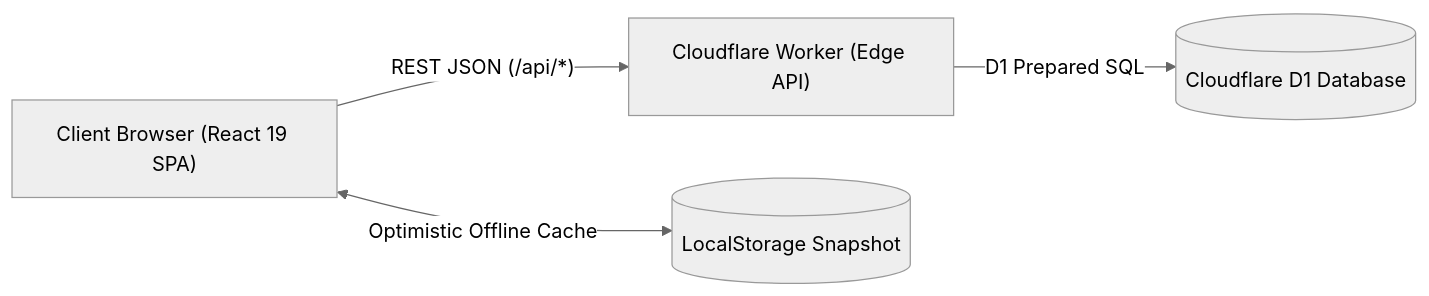
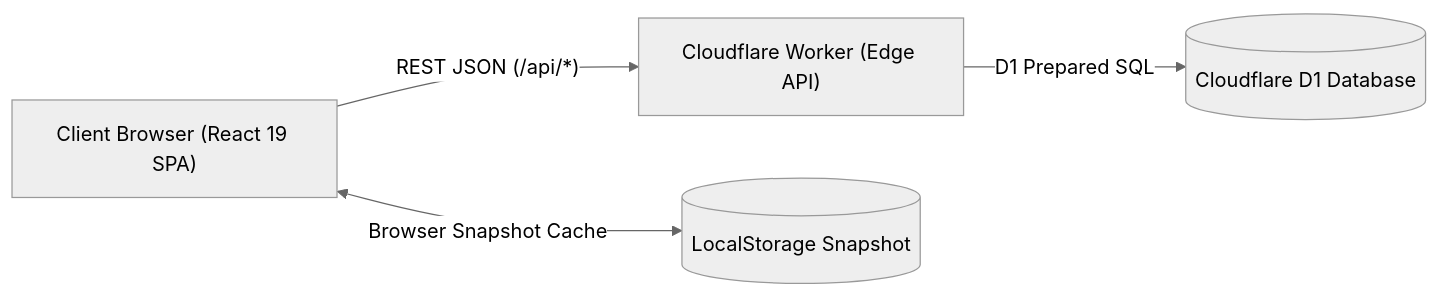
One commit to BAXMAY/Calendar-QA changed the first of 2 diagrams in docs/HANDOVER.md. Above: the diagram before and after it, drawn with Mermaid (neutral theme). The commit also changed other lines of this file and 16 other files, not shown here.

````diff
--- a/docs/HANDOVER.md
+++ b/docs/HANDOVER.md
@@ -21,6 +21,6 @@
 ```mermaid
 flowchart LR
     A["Client Browser (React 19 SPA)"] -->|"REST JSON (/api/*)"| B["Cloudflare Worker (Edge API)"]
     B -->|"D1 Prepared SQL"| C[("Cloudflare D1 Database")]
-    A <-->|"Optimistic Offline Cache"| E[("LocalStorage Snapshot")]
+    A <-->|"Browser Snapshot Cache"| E[("LocalStorage Snapshot")]
 ```
````
